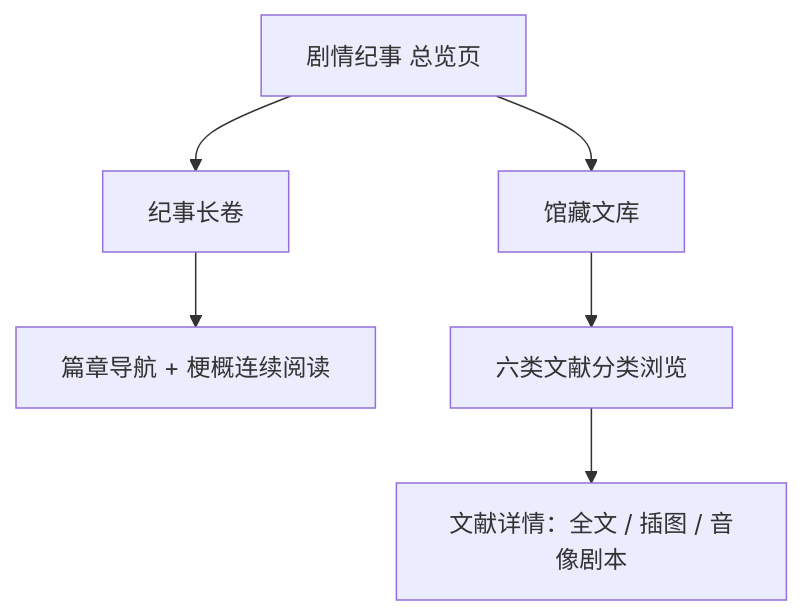
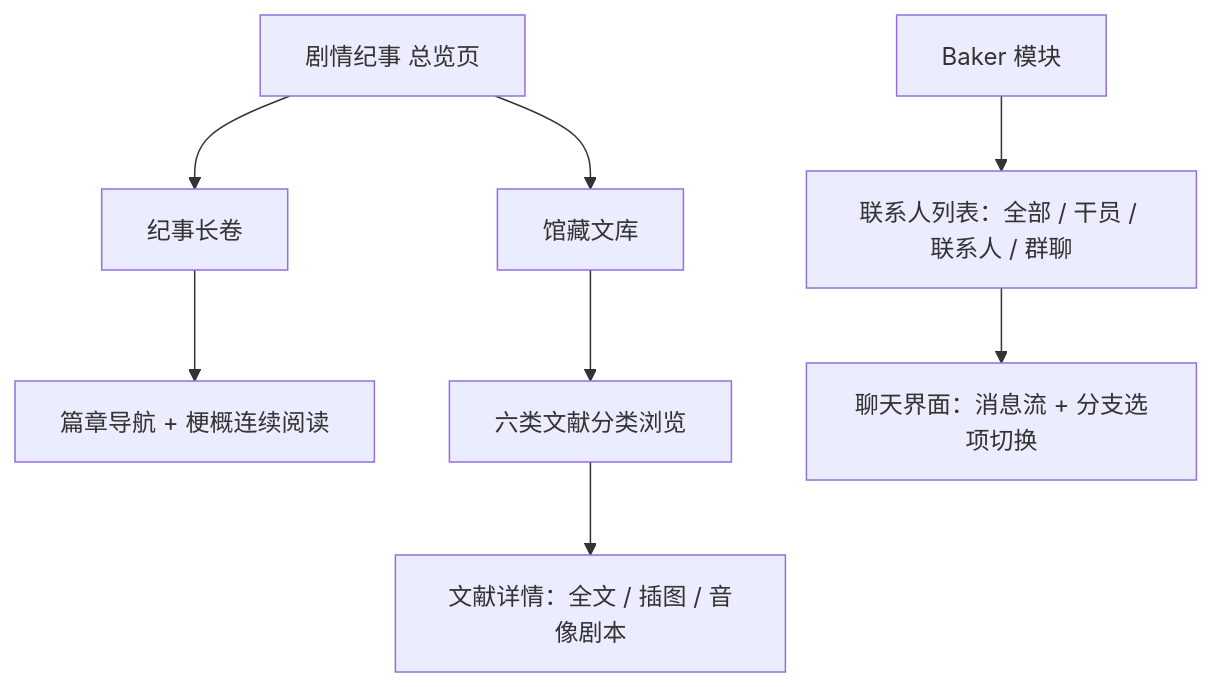
One commit to Deliay/hongshan-archives-bureau changed the first of 2 diagrams in docs/product/draft/20260730-story-chronicle.md. Above: the diagram before and after it, drawn with Mermaid. The commit also changed other lines of this file and 1 other file, not shown here.

Commit message:
docs: 剧情纪事方案 v1.1 — 新增 Baker 聊天终端模块（review 意见）

````diff
--- a/docs/product/draft/20260730-story-chronicle.md
+++ b/docs/product/draft/20260730-story-chronicle.md
@@ -62,8 +67,10 @@
 ```mermaid
 flowchart TD
     A[剧情纪事 总览页] --> B[纪事长卷]
     A --> C[馆藏文库]
     B --> B1[篇章导航 + 梗概连续阅读]
     C --> C1[六类文献分类浏览]
     C1 --> C2[文献详情：全文 / 插图 / 音像剧本]
+    D[Baker 模块] --> D1[联系人列表：全部 / 干员 / 联系人 / 群聊]
+    D1 --> D2[聊天界面：消息流 + 分支选项切换]
 ```
````
